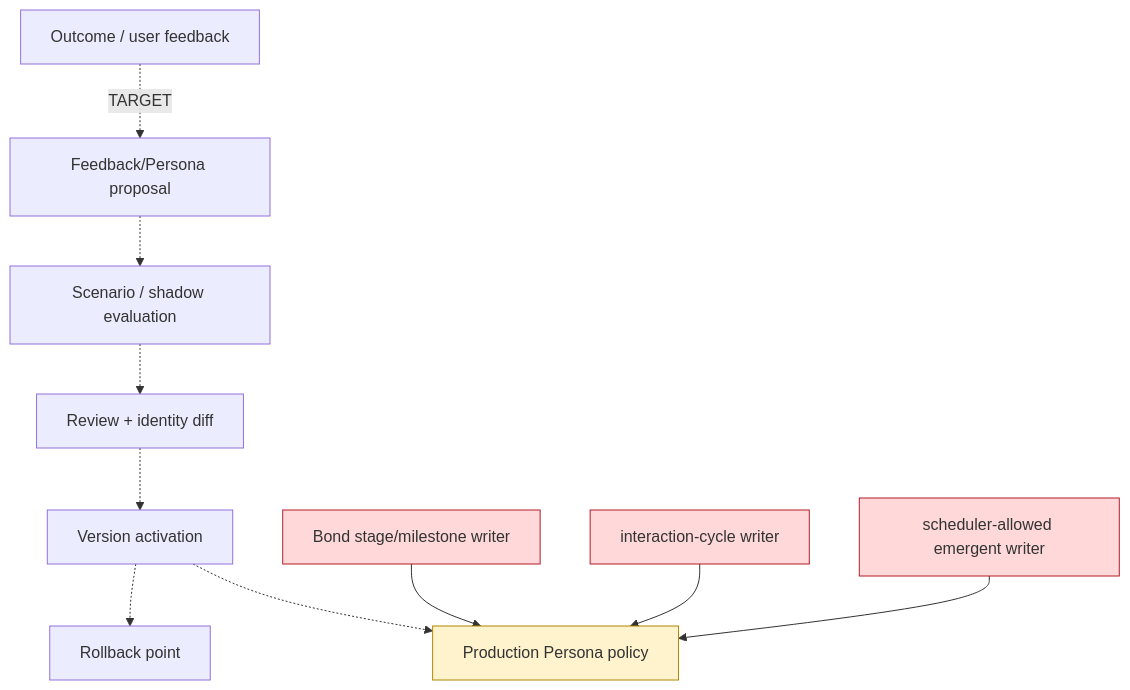
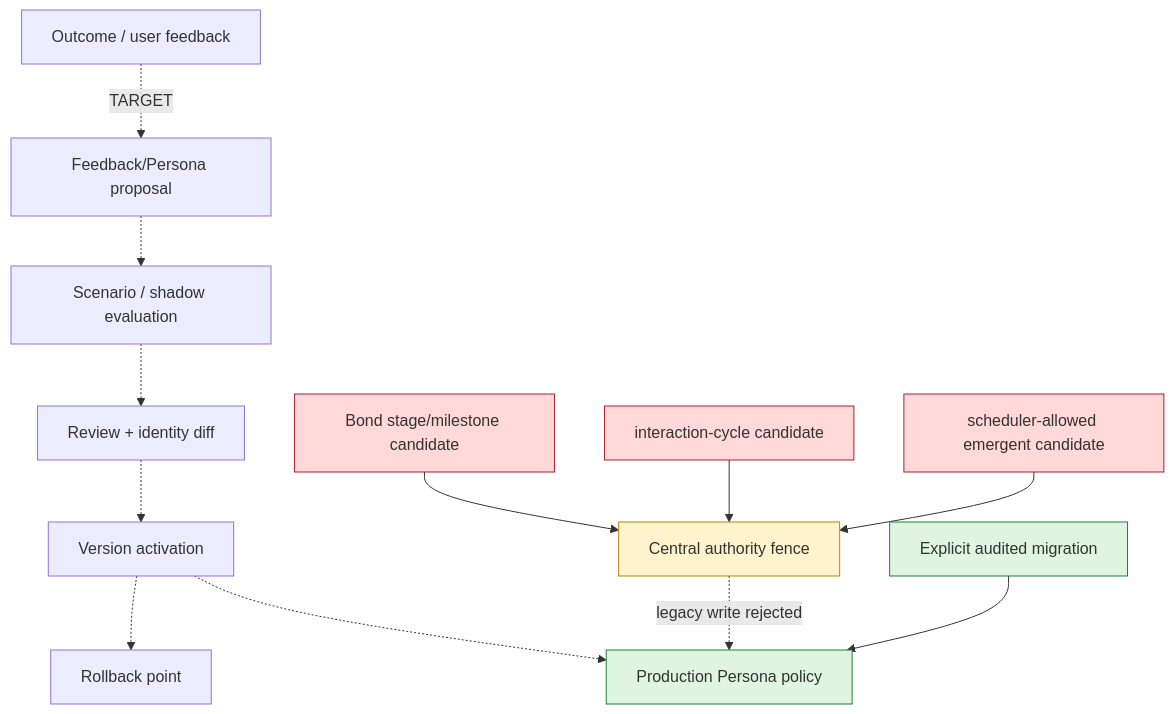
Before and after one commit to SakuraYoruno/Natsume_Ai: the second of 3 diagrams in docs/50_project/arch/diagrams/05_tribe_topology.md, drawn with Mermaid. The commit also changed other lines of this file and 22 other files, not shown here.

````diff
--- a/docs/50_project/arch/diagrams/05_tribe_topology.md
+++ b/docs/50_project/arch/diagrams/05_tribe_topology.md
@@ -59,25 +59,31 @@
 ```mermaid
 flowchart TD
     FEEDBACK["Outcome / user feedback"]
     PROPOSAL["Feedback/Persona proposal"]
     SHADOW["Scenario / shadow evaluation"]
     REVIEW["Review + identity diff"]
     VERSION["Version activation"]
     ROLLBACK["Rollback point"]
     TRAIT["Production Persona policy"]
 
-    LEGACY1["Bond stage/milestone writer"]
-    LEGACY2["interaction-cycle writer"]
-    LEGACY3["scheduler-allowed emergent writer"]
+    LEGACY1["Bond stage/milestone candidate"]
+    LEGACY2["interaction-cycle candidate"]
+    LEGACY3["scheduler-allowed emergent candidate"]
+    FENCE["Central authority fence"]
+    MIGRATION["Explicit audited migration"]
 
     FEEDBACK -."TARGET".-> PROPOSAL -.-> SHADOW -.-> REVIEW -.-> VERSION -.-> TRAIT
     VERSION -.-> ROLLBACK
-    LEGACY1 --> TRAIT
-    LEGACY2 --> TRAIT
-    LEGACY3 --> TRAIT
+    LEGACY1 --> FENCE
+    LEGACY2 --> FENCE
+    LEGACY3 --> FENCE
+    FENCE -. "legacy write rejected" .-> TRAIT
+    MIGRATION --> TRAIT
 
     style LEGACY1 fill:#ffd9d9,stroke:#b31d28
     style LEGACY2 fill:#ffd9d9,stroke:#b31d28
     style LEGACY3 fill:#ffd9d9,stroke:#b31d28
-    style TRAIT fill:#fff3cd,stroke:#b08800
+    style FENCE fill:#fff3cd,stroke:#b08800
+    style MIGRATION fill:#dff5e1,stroke:#1b7f3a
+    style TRAIT fill:#dff5e1,stroke:#1b7f3a
 ```
````
